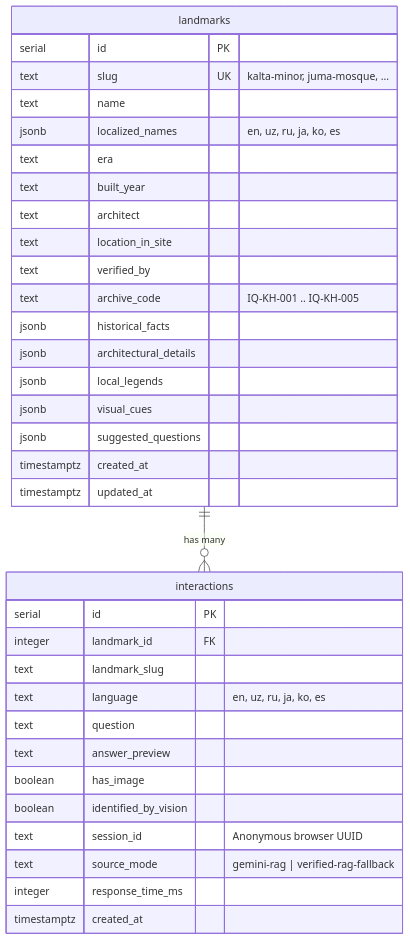
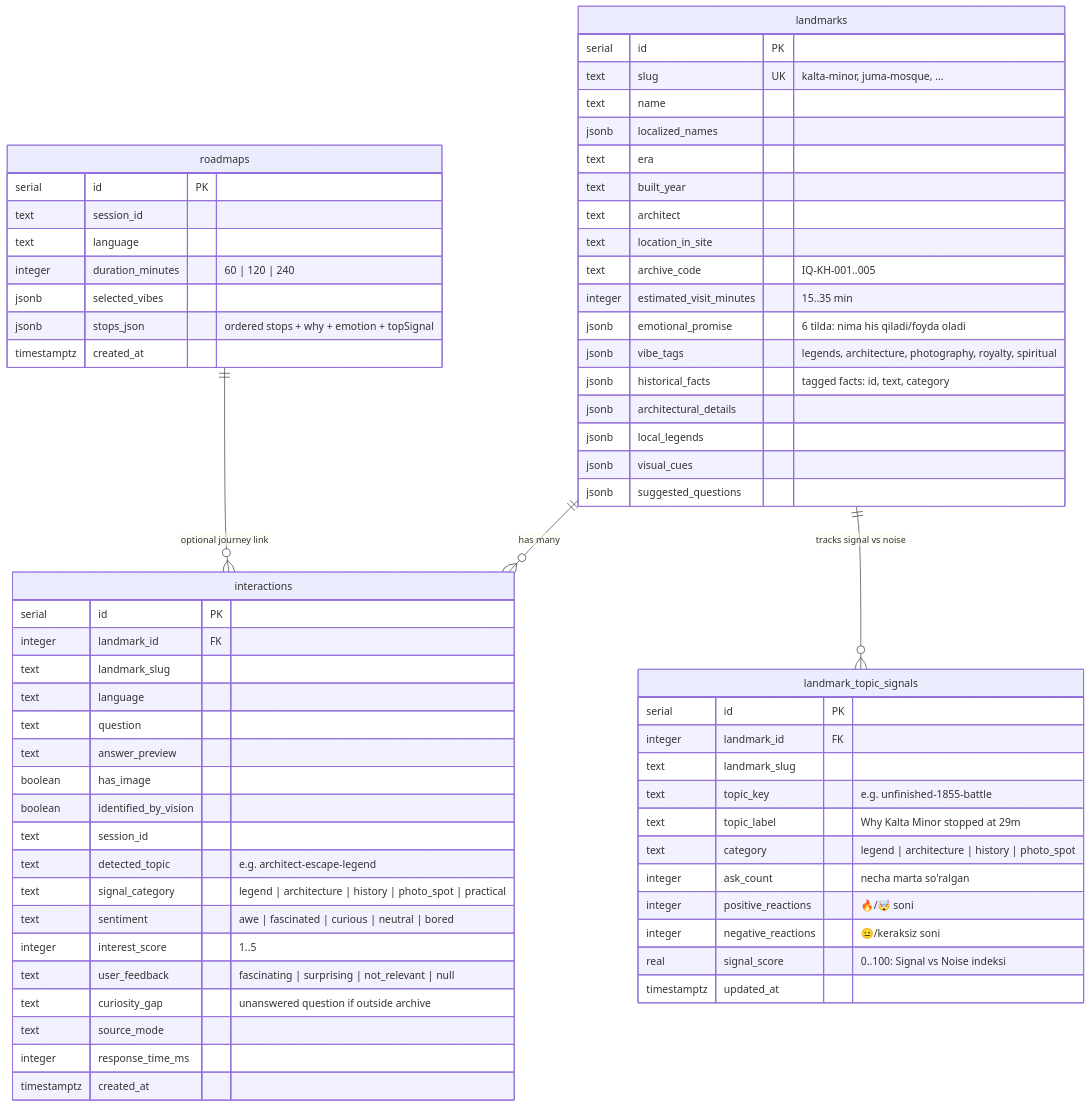
The third of 3 diagrams in documentation/ARCHITECTURE.md (sfarruhbek/SmartGuide), drawn with Mermaid before and after one commit. The commit also changed other lines of this file and 13 other files, not shown here.

````diff
--- a/documentation/ARCHITECTURE.md
+++ b/documentation/ARCHITECTURE.md
@@ -84,38 +83,71 @@
 ```mermaid
 erDiagram
     landmarks ||--o{ interactions : "has many"
+    landmarks ||--o{ landmark_topic_signals : "tracks signal vs noise"
+    roadmaps ||--o{ interactions : "optional journey link"
+
     landmarks {
         serial id PK
         text slug UK "kalta-minor, juma-mosque, ..."
         text name
-        jsonb localized_names "en, uz, ru, ja, ko, es"
+        jsonb localized_names
         text era
         text built_year
         text architect
         text location_in_site
-        text verified_by
-        text archive_code "IQ-KH-001 .. IQ-KH-005"
-        jsonb historical_facts
+        text archive_code "IQ-KH-001..005"
+        integer estimated_visit_minutes "15..35 min"
+        jsonb emotional_promise "6 tilda: nima his qiladi/foyda oladi"
+        jsonb vibe_tags "legends, architecture, photography, royalty, spiritual"
+        jsonb historical_facts "tagged facts: id, text, category"
         jsonb architectural_details
         jsonb local_legends
         jsonb visual_cues
         jsonb suggested_questions
+    }
+
+    roadmaps {
+        serial id PK
+        text session_id
+        text language
+        integer duration_minutes "60 | 120 | 240"
+        jsonb selected_vibes
+        jsonb stops_json "ordered stops + why + emotion + topSignal"
         timestamptz created_at
-        timestamptz updated_at
     }
 
     interactions {
         serial id PK
         integer landmark_id FK
         text landmark_slug
-        text language "en, uz, ru, ja, ko, es"
+        text language
         text question
         text answer_preview
         boolean has_image
         boolean identified_by_vision
-        text session_id "Anonymous browser UUID"
-        text source_mode "gemini-rag | verified-rag-fallback"
+        text session_id
+        text detected_topic "e.g. architect-escape-legend"
+        text signal_category "legend | architecture | history | photo_spot | practical"
+        text sentiment "awe | fascinated | curious | neutral | bored"
+        integer interest_score "1..5"
+        text user_feedback "fascinating | surprising | not_relevant | null"
+        text curiosity_gap "unanswered question if outside archive"
+        text source_mode
         integer response_time_ms
         timestamptz created_at
     }
+
+    landmark_topic_signals {
+        serial id PK
+        integer landmark_id FK
+        text landmark_slug
+        text topic_key "e.g. unfinished-1855-battle"
+        text topic_label "Why Kalta Minor stopped at 29m"
+        text category "legend | architecture | history | photo_spot"
+        integer ask_count "necha marta so'ralgan"
+        integer positive_reactions "🔥/🤯 soni"
+        integer negative_reactions "😐/keraksiz soni"
+        real signal_score "0..100: Signal vs Noise indeksi"
+        timestamptz updated_at
+    }
 ```
````
